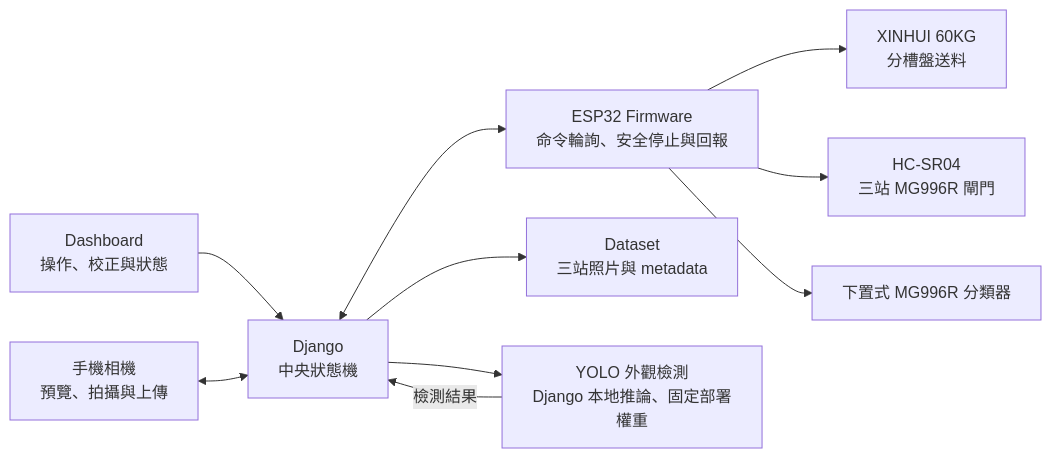
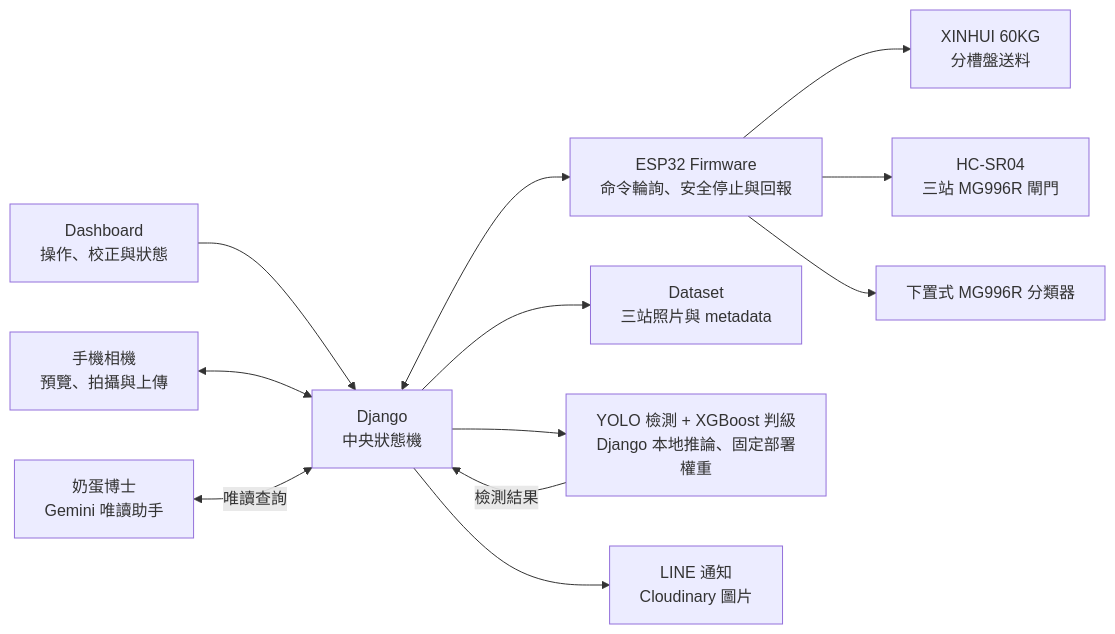
The diagram in README.md (Eten0721/PassionFruit_IoT_hardware), drawn with Mermaid before and after one commit. The commit also changed other lines of this file and 1 other file, not shown here.

First line of the commit message:
v1.4.16, README 補上 LINE 通知與奶蛋博士並更正檢測現況 (#65)

````diff
--- a/README.md
+++ b/README.md
@@ -37,12 +39,14 @@
 ```mermaid
 flowchart LR
     Dashboard["Dashboard<br/>操作、校正與狀態"] --> Django["Django<br/>中央狀態機"]
     Camera["手機相機<br/>預覽、拍攝與上傳"] <--> Django
     Django <--> ESP32["ESP32 Firmware<br/>命令輪詢、安全停止與回報"]
     ESP32 --> Feeder["XINHUI 60KG<br/>分槽盤送料"]
     ESP32 --> Capture["HC-SR04<br/>三站 MG996R 閘門"]
     ESP32 --> Sorter["下置式 MG996R 分類器"]
     Django --> Dataset["Dataset<br/>三站照片與 metadata"]
-    Django --> AI["YOLO 外觀檢測<br/>Django 本地推論、固定部署權重"]
+    Django --> AI["YOLO 檢測 + XGBoost 判級<br/>Django 本地推論、固定部署權重"]
     AI -- 檢測結果 --> Django
+    Django --> Notify["LINE 通知<br/>Cloudinary 圖片"]
+    Assistant["奶蛋博士<br/>Gemini 唯讀助手"] <-- 唯讀查詢 --> Django
 ```
````
